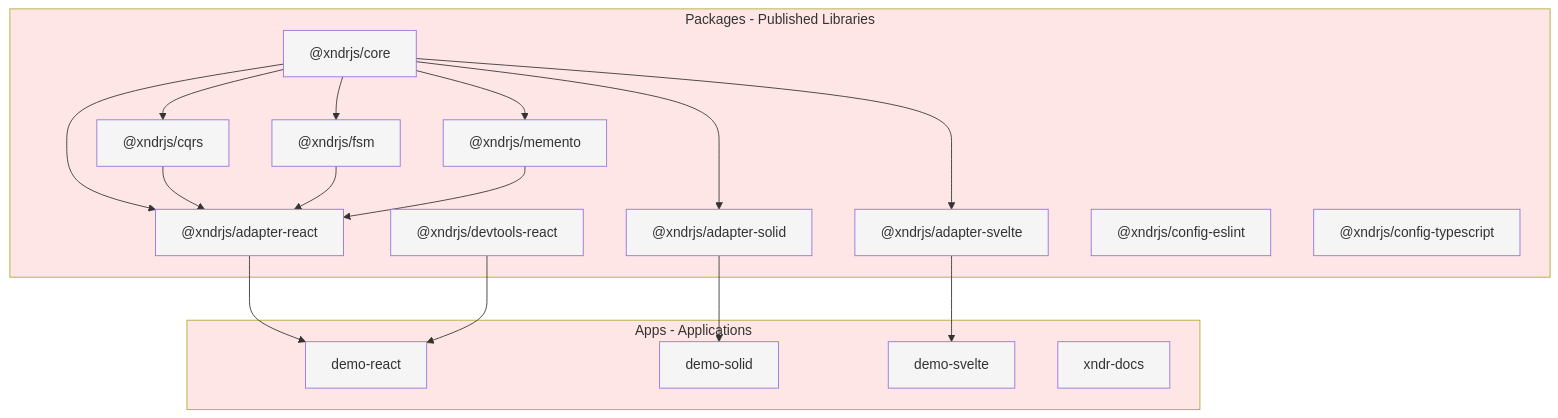
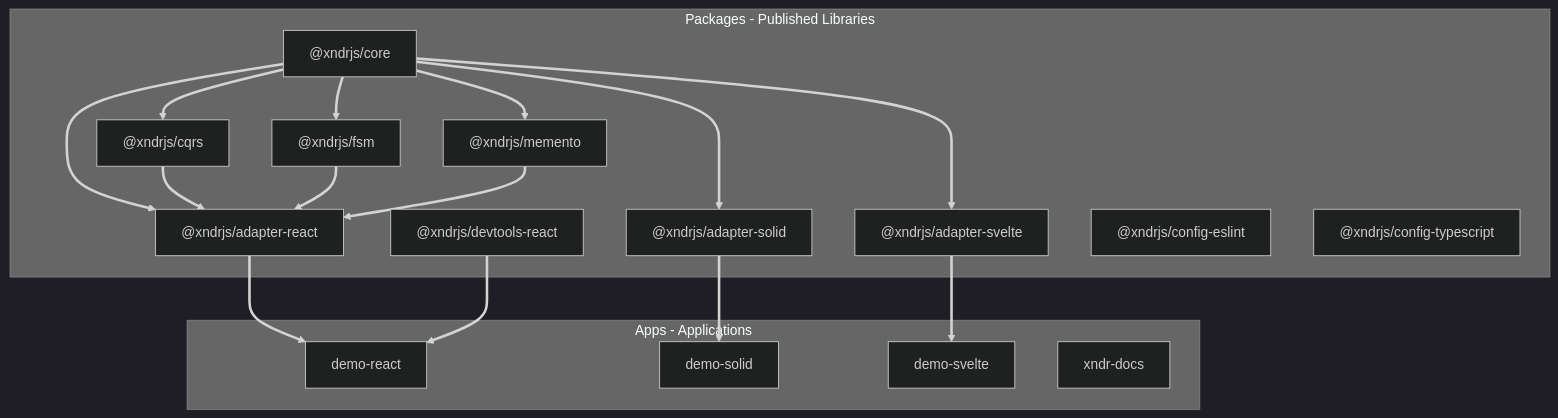
The diagram in README.md (xndrjs/xndrjs), drawn with Mermaid before and after one commit.

Commit message:
fix: mermaid colors

````diff
--- a/README.md
+++ b/README.md
@@ -33,56 +33,46 @@
 ```mermaid
+%%{init: {'theme':'dark'}}%%
 graph TB
     subgraph packages["Packages - Published Libraries"]
         core["@xndrjs/core"]
         adapterReact["@xndrjs/adapter-react"]
         adapterSolid["@xndrjs/adapter-solid"]
         adapterSvelte["@xndrjs/adapter-svelte"]
         cqrs["@xndrjs/cqrs"]
         fsm["@xndrjs/fsm"]
         memento["@xndrjs/memento"]
         devtools["@xndrjs/devtools-react"]
         configEslint["@xndrjs/config-eslint"]
         configTs["@xndrjs/config-typescript"]
     end
     
     subgraph apps["Apps - Applications"]
         demoReact["demo-react"]
         demoSolid["demo-solid"]
         demoSvelte["demo-svelte"]
         docs["xndr-docs"]
     end
     
     core --> adapterReact
     core --> adapterSolid
     core --> adapterSvelte
     core --> cqrs
     core --> fsm
     core --> memento
     
     cqrs --> adapterReact
     fsm --> adapterReact
     memento --> adapterReact
     
     adapterReact --> demoReact
     adapterSolid --> demoSolid
     adapterSvelte --> demoSvelte
     
     devtools --> demoReact
     
-    style packages fill:#ffe6e6
-    style apps fill:#ffe6e6
-    style core fill:#f5f5f5
-    style adapterReact fill:#f5f5f5
-    style adapterSolid fill:#f5f5f5
-    style adapterSvelte fill:#f5f5f5
-    style cqrs fill:#f5f5f5
-    style fsm fill:#f5f5f5
-    style memento fill:#f5f5f5
-    style devtools fill:#f5f5f5
-    style configEslint fill:#f5f5f5
-    style configTs fill:#f5f5f5
-    style demoReact fill:#f5f5f5
-    style demoSolid fill:#f5f5f5
-    style demoSvelte fill:#f5f5f5
-    style docs fill:#f5f5f5
+    style packages fill:#666666
+    style apps fill:#666666
+    
+    linkStyle default stroke-width:3px
+    linkStyle default stroke-width:3px
 ```
````
